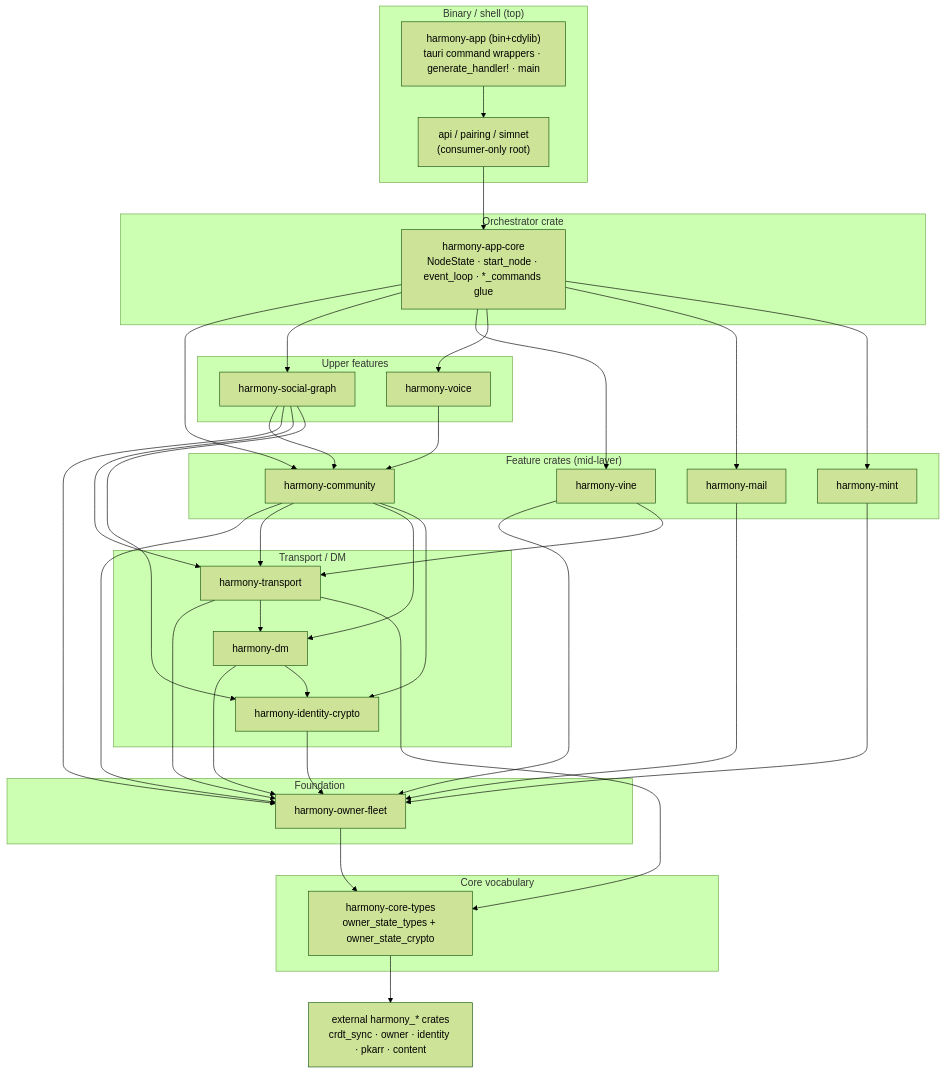
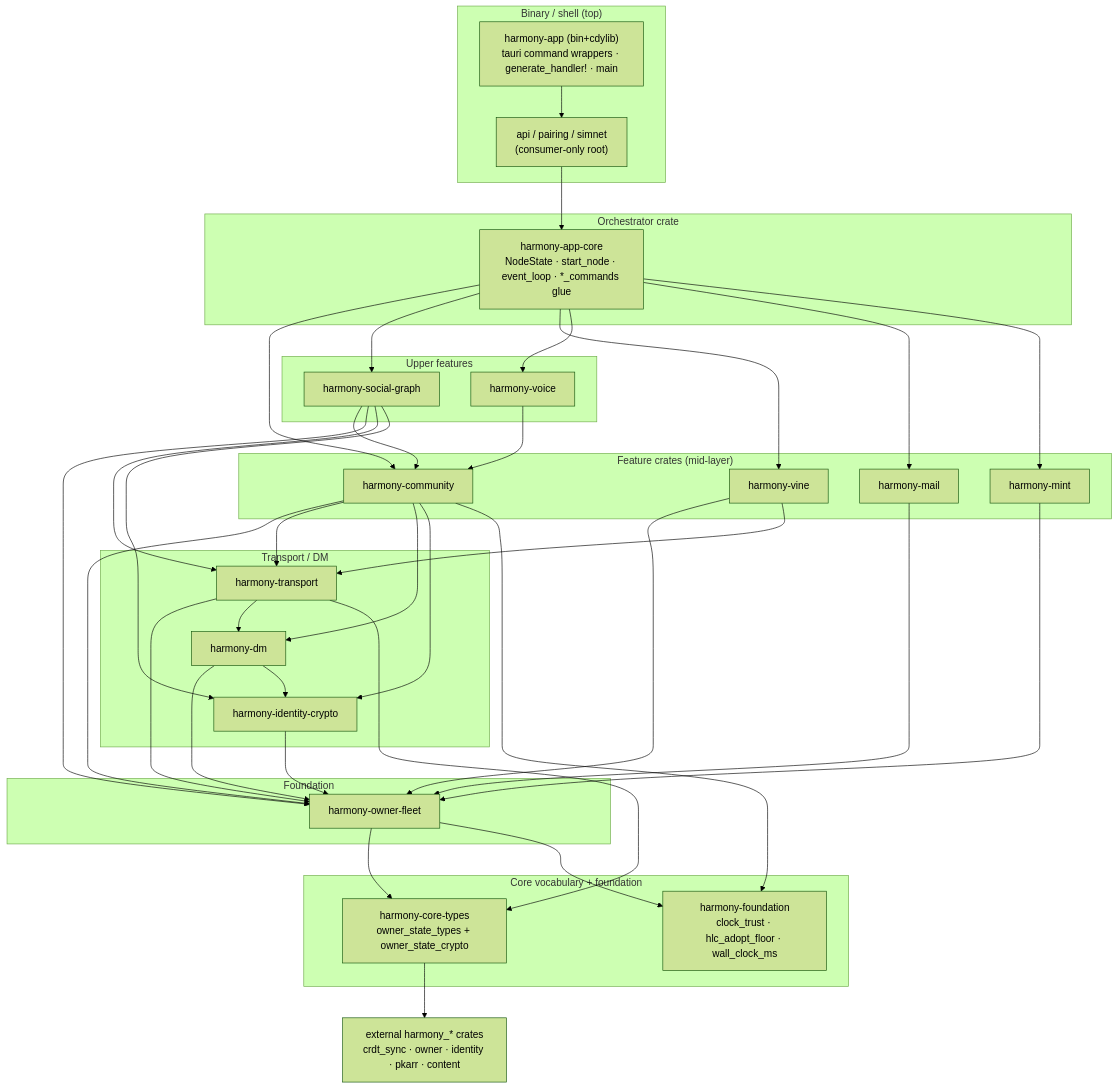
One commit to zeblithic/harmony-client changed the diagram in docs/specs/2026-08-24-zeb-548-client-crate-split-design.md. Above: the diagram before and after it, drawn with Mermaid (forest theme). The commit also changed other lines of this file and 8 other files, not shown here.

First line of the commit message:
refactor(crate-split): extract harmony-foundation leaf crate (ZEB-548 Stage 1 PR 1) (#735)

````diff
--- a/docs/specs/2026-08-24-zeb-548-client-crate-split-design.md
+++ b/docs/specs/2026-08-24-zeb-548-client-crate-split-design.md
@@ -62,46 +64,48 @@
 ```mermaid
 graph TD
     subgraph L4["Binary / shell (top)"]
         BIN["harmony-app (bin+cdylib)<br/>tauri command wrappers · generate_handler! · main"]
         API["api / pairing / simnet<br/>(consumer-only root)"]
     end
     subgraph L3["Orchestrator crate"]
         APP["harmony-app-core<br/>NodeState · start_node · event_loop · *_commands glue"]
     end
     subgraph L2b["Upper features"]
         SOCIAL["harmony-social-graph"]
         VOICE["harmony-voice"]
     end
     subgraph L2["Feature crates (mid-layer)"]
         COMM["harmony-community"]
         VINE["harmony-vine"]
         MAIL["harmony-mail"]
         MINT["harmony-mint"]
     end
     subgraph L1b["Transport / DM"]
         TRANSPORT["harmony-transport"]
         DM["harmony-dm"]
         IDC["harmony-identity-crypto"]
     end
     subgraph L1["Foundation"]
         OWNER["harmony-owner-fleet"]
     end
-    subgraph L0["Core vocabulary"]
+    subgraph L0["Core vocabulary + foundation"]
         CORE["harmony-core-types<br/>owner_state_types + owner_state_crypto"]
+        FOUND["harmony-foundation<br/>clock_trust · hlc_adopt_floor · wall_clock_ms"]
     end
     EXT["external harmony_* crates<br/>crdt_sync · owner · identity · pkarr · content"]
 
     BIN --> API --> APP
     APP --> COMM & SOCIAL & VINE & VOICE & MAIL & MINT
     SOCIAL --> COMM & OWNER & TRANSPORT & IDC
     VOICE --> COMM
     COMM --> OWNER & TRANSPORT & DM & IDC
     VINE --> OWNER & TRANSPORT
     MAIL --> OWNER
     MINT --> OWNER
     TRANSPORT --> OWNER & DM & CORE
     DM --> OWNER & IDC
     IDC --> OWNER
-    OWNER --> CORE
+    OWNER --> CORE & FOUND
+    COMM --> FOUND
     CORE --> EXT
 ```
````
